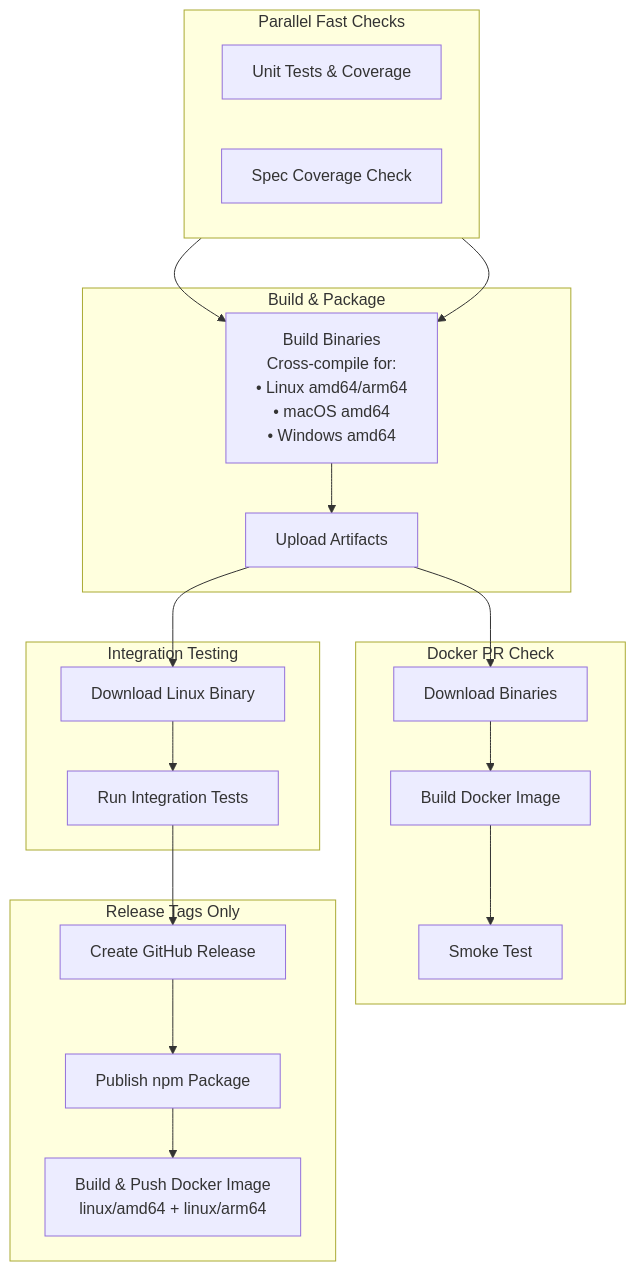
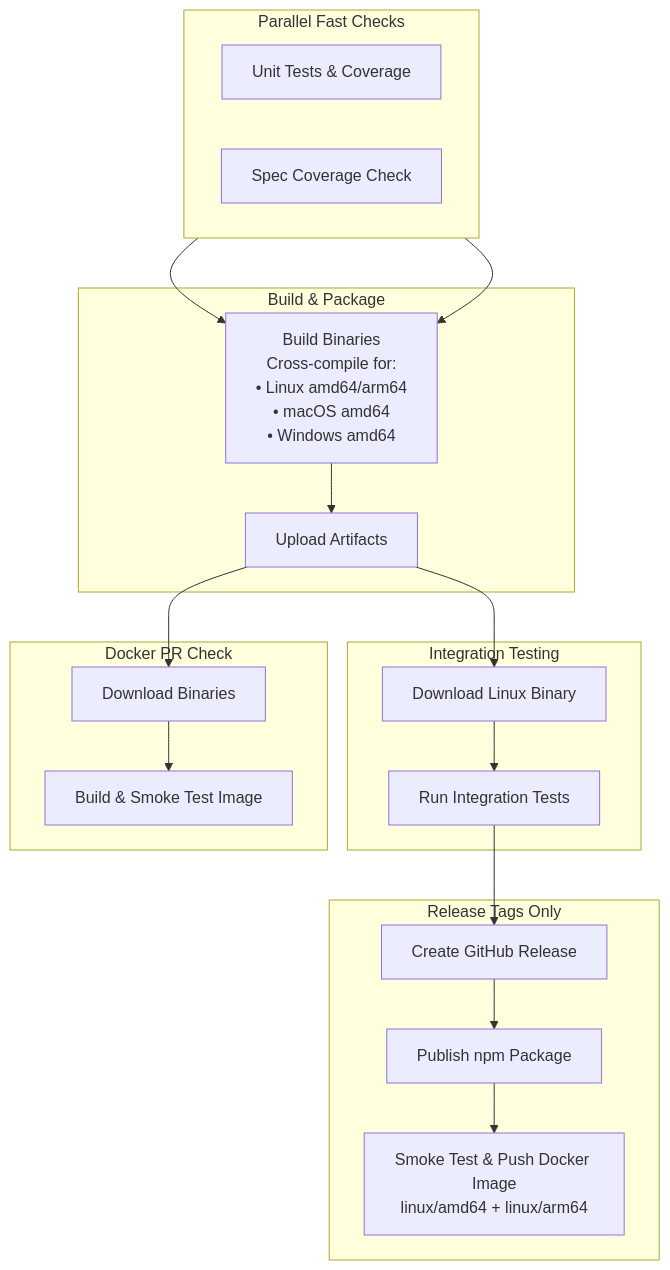
One commit to mamonth/oasmock changed the first of 2 diagrams in docs/ci-cd.md. Above: the diagram before and after it, drawn with Mermaid. The commit also changed other lines of this file and 4 other files, not shown here.

Commit message:
Another Docker image build fix. Now with guardrails in CI

````diff
--- a/docs/ci-cd.md
+++ b/docs/ci-cd.md
@@ -17,42 +17,40 @@
 ```mermaid
 flowchart TD
     subgraph P1["Parallel Fast Checks"]
         direction LR
         A[Unit Tests & Coverage]
         B[Spec Coverage Check]
     end
 
     subgraph P2["Build & Package"]
         C[Build Binaries<br/>Cross-compile for:<br/>• Linux amd64/arm64<br/>• macOS amd64<br/>• Windows amd64]
         D[Upload Artifacts]
     end
 
     subgraph P3["Integration Testing"]
         E[Download Linux Binary]
         F[Run Integration Tests]
     end
 
     subgraph P3b["Docker PR Check"]
         G2[Download Binaries]
-        H2[Build Docker Image]
-        I2[Smoke Test]
+        H2[Build & Smoke Test Image]
     end
 
     subgraph P4["Release Tags Only"]
         G[Create GitHub Release]
         H[Publish npm Package]
-        J[Build & Push Docker Image<br/>linux/amd64 + linux/arm64]
+        J[Smoke Test & Push Docker Image<br/>linux/amd64 + linux/arm64]
     end
 
     A --> C
     B --> C
     C --> D
     D --> E
     E --> F
     D --> G2
     G2 --> H2
-    H2 --> I2
     F --> G
     G --> H
     H --> J
 ```
````
